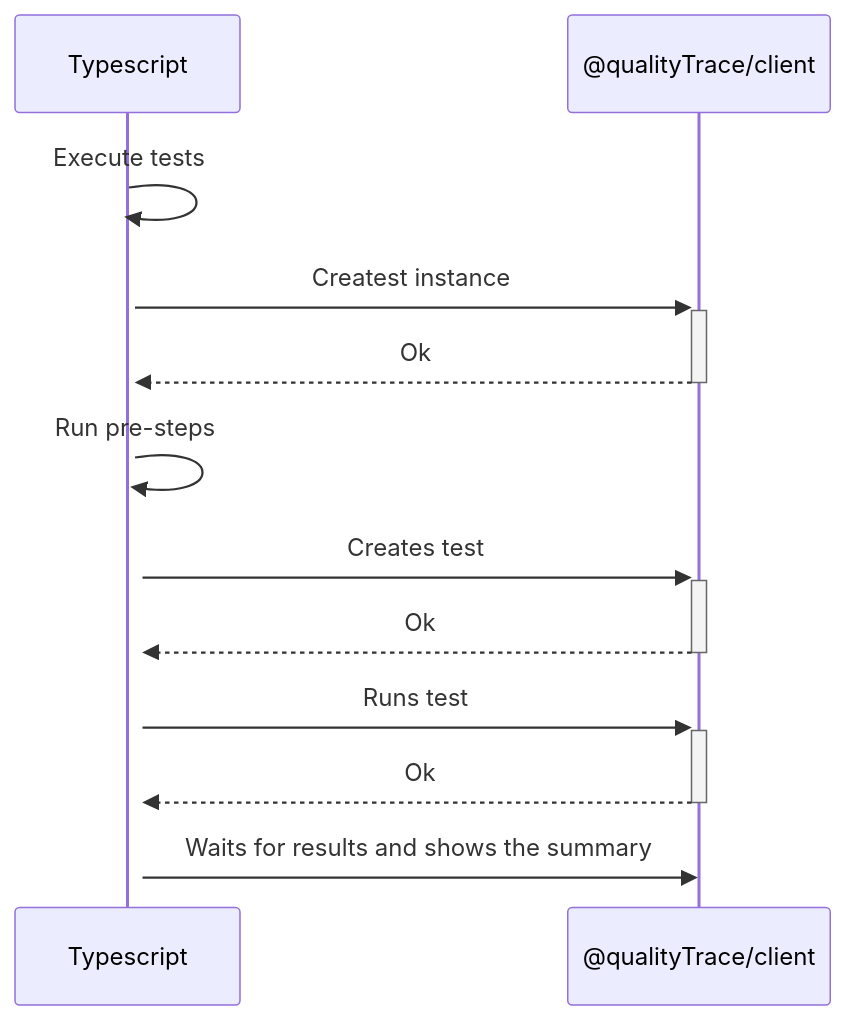
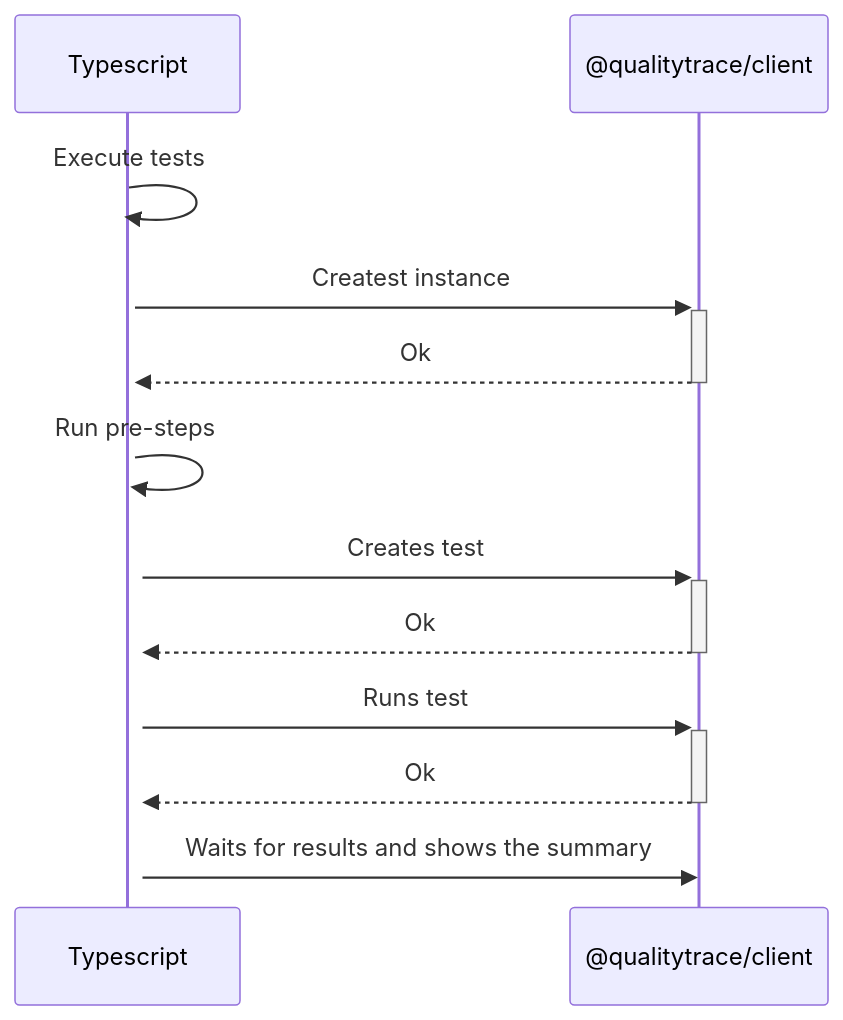
The diagram in docs/docs/tools-and-integrations/typescript.mdx (intelops/qualitytrace), drawn with Mermaid before and after one commit. The commit also changed other lines of this file and 810 other files, not shown here.

Commit message:
fix: name change from qualityTrace to qualitytrace

````diff
--- a/docs/docs/tools-and-integrations/typescript.mdx
+++ b/docs/docs/tools-and-integrations/typescript.mdx
@@ -45,12 +45,12 @@
 ```mermaid
 sequenceDiagram
   Typescript->>+Typescript: Execute tests
-  Typescript->>+@qualityTrace/client: Createst instance
-  @qualityTrace/client-->>-Typescript: Ok
+  Typescript->>+@qualitytrace/client: Createst instance
+  @qualitytrace/client-->>-Typescript: Ok
   Typescript->>+Typescript: Run pre-steps
-  Typescript->>+@qualityTrace/client: Creates test
-  @qualityTrace/client-->>-Typescript: Ok
-  Typescript->>+@qualityTrace/client: Runs test
-  @qualityTrace/client-->>-Typescript: Ok
-  Typescript->>@qualityTrace/client: Waits for results and shows the summary
+  Typescript->>+@qualitytrace/client: Creates test
+  @qualitytrace/client-->>-Typescript: Ok
+  Typescript->>+@qualitytrace/client: Runs test
+  @qualitytrace/client-->>-Typescript: Ok
+  Typescript->>@qualitytrace/client: Waits for results and shows the summary
 ```
````
